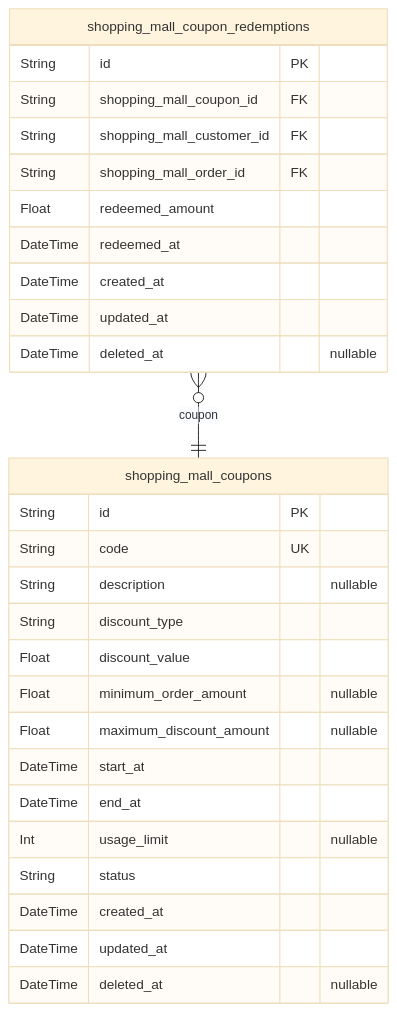
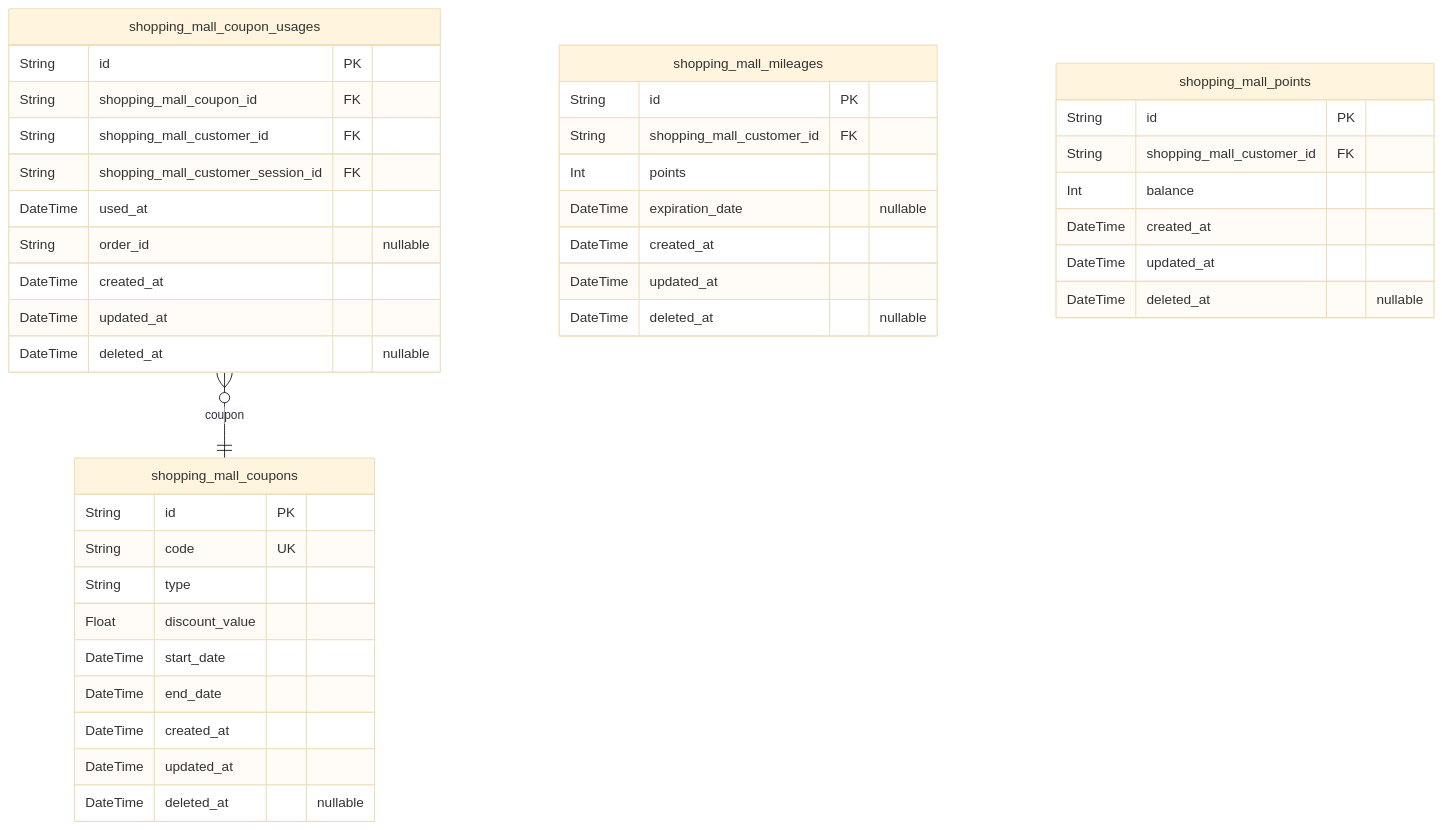
The sixth of 10 diagrams in openai/gpt-4.1-mini/shopping/docs/ERD.md (wrtnlabs/autobe-examples), drawn with Mermaid (base theme) before and after one commit. The commit also changed other lines of this file and 1553 other files, not shown here.

````diff
--- a/openai/gpt-4.1-mini/shopping/docs/ERD.md
+++ b/openai/gpt-4.1-mini/shopping/docs/ERD.md
@@ -1062,31 +803,43 @@
 ```mermaid
 erDiagram
 "shopping_mall_coupons" {
   String id PK
   String code UK
-  String description "nullable"
-  String discount_type
+  String type
   Float discount_value
-  Float minimum_order_amount "nullable"
-  Float maximum_discount_amount "nullable"
-  DateTime start_at
-  DateTime end_at
-  Int usage_limit "nullable"
-  String status
+  DateTime start_date
+  DateTime end_date
   DateTime created_at
   DateTime updated_at
   DateTime deleted_at "nullable"
 }
-"shopping_mall_coupon_redemptions" {
+"shopping_mall_coupon_usages" {
   String id PK
   String shopping_mall_coupon_id FK
   String shopping_mall_customer_id FK
-  String shopping_mall_order_id FK
-  Float redeemed_amount
-  DateTime redeemed_at
+  String shopping_mall_customer_session_id FK
+  DateTime used_at
+  String order_id "nullable"
   DateTime created_at
   DateTime updated_at
   DateTime deleted_at "nullable"
 }
-"shopping_mall_coupon_redemptions" }o--|| "shopping_mall_coupons" : coupon
+"shopping_mall_mileages" {
+  String id PK
+  String shopping_mall_customer_id FK
+  Int points
+  DateTime expiration_date "nullable"
+  DateTime created_at
+  DateTime updated_at
+  DateTime deleted_at "nullable"
+}
+"shopping_mall_points" {
+  String id PK
+  String shopping_mall_customer_id FK
+  Int balance
+  DateTime created_at
+  DateTime updated_at
+  DateTime deleted_at "nullable"
+}
+"shopping_mall_coupon_usages" }o--|| "shopping_mall_coupons" : coupon
 ```
````
